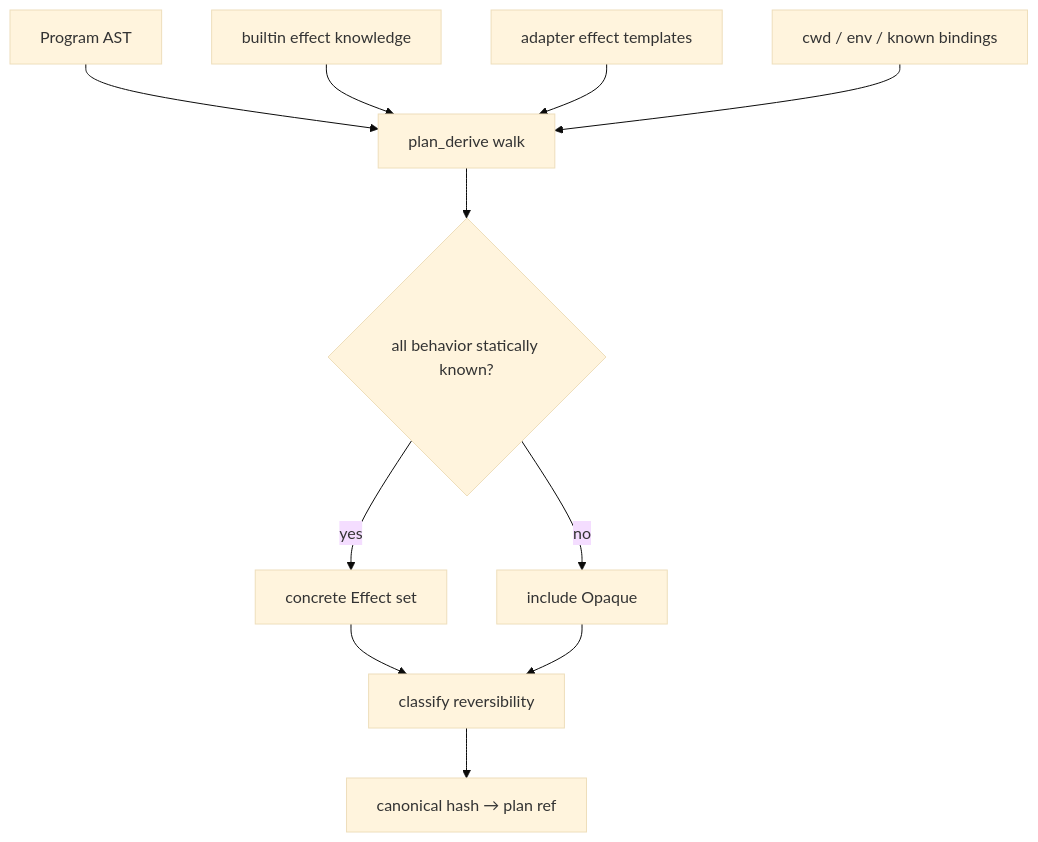
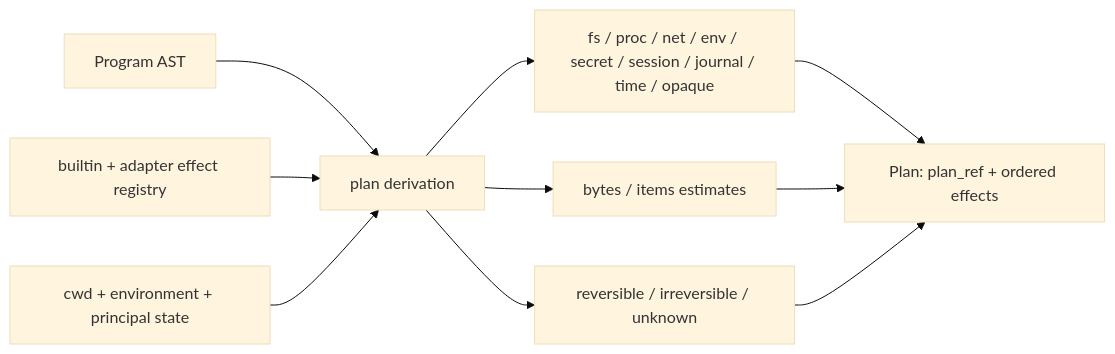
One commit to alliecatowo/shoal changed the first of 4 diagrams in site/content/internals/effects-plans-security.md. Above: the diagram before and after it, drawn with Mermaid (base theme). The commit also changed other lines of this file and 70 other files, not shown here.

Commit message:
docs: refine manual and architecture visuals

````diff
--- a/site/content/internals/effects-plans-security.md
+++ b/site/content/internals/effects-plans-security.md
@@ -64,13 +44,14 @@
 ```mermaid
-flowchart TD
-  AST["Program AST"] --> Walk["plan_derive walk"]
-  Registry["builtin effect knowledge"] --> Walk
-  Adapter["adapter effect templates"] --> Walk
-  State["cwd / env / known bindings"] --> Walk
-  Walk --> Known{"all behavior statically known?"}
-  Known -->|yes| Effects["concrete Effect set"]
-  Known -->|no| Opaque["include Opaque"]
-  Effects --> Reverse["classify reversibility"]
-  Opaque --> Reverse
-  Reverse --> Hash["canonical hash → plan ref"]
+flowchart LR
+accTitle: Effect derivation and plan model
+accDescr: Source structure, builtin effect knowledge, and current evaluator state combine into a plan containing effects, estimates, and reversibility.
+  Source["Program AST"] --> Walk["plan derivation"]
+  Registry["builtin + adapter effect registry"] --> Walk
+  State["cwd + environment + principal state"] --> Walk
+  Walk --> Effects["fs / proc / net / env / secret / session / journal / time / opaque"]
+  Effects --> Plan["Plan: plan_ref + ordered effects"]
+  Walk --> Estimate["bytes / items estimates"]
+  Walk --> Reverse["reversible / irreversible / unknown"]
+  Estimate --> Plan
+  Reverse --> Plan
 ```
````
